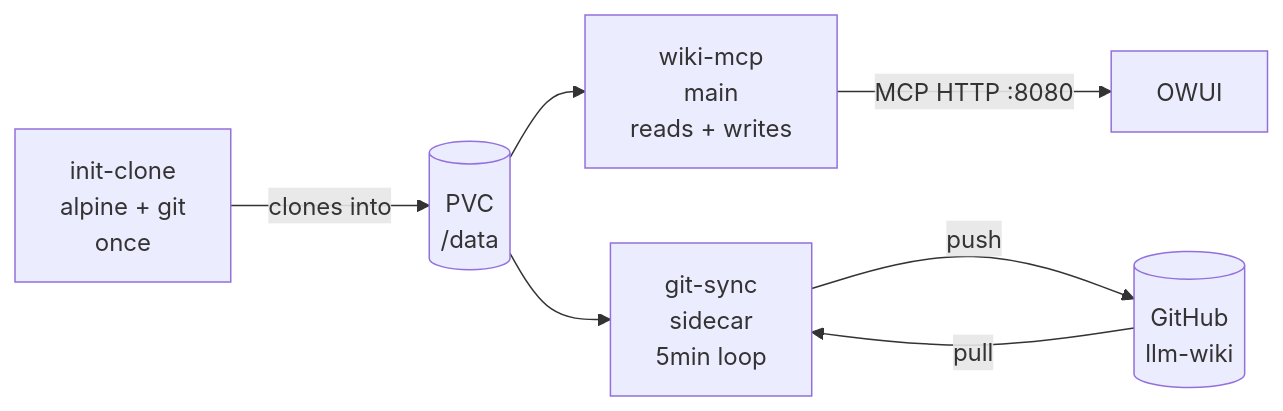
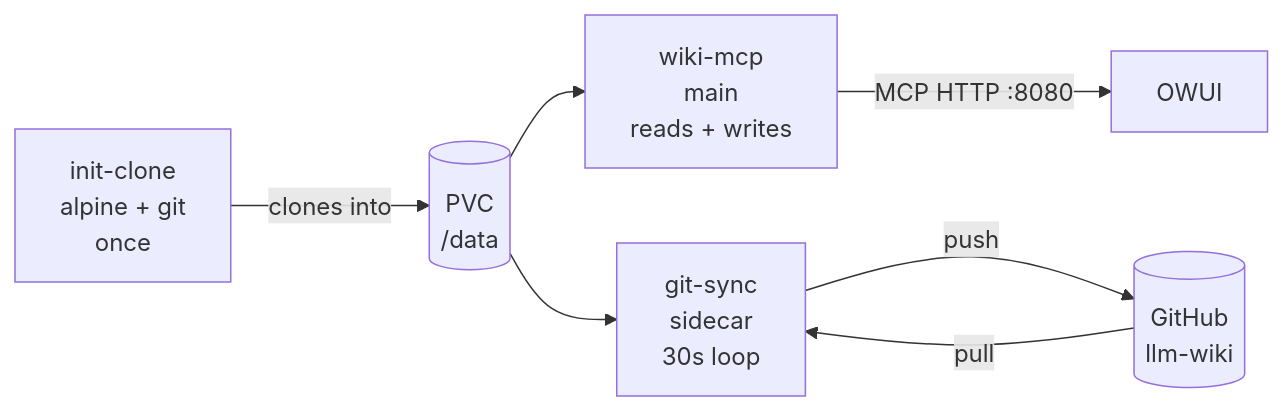
Before and after one commit to dvystrcil/wiki-mcp: the diagram in README.md, drawn with Mermaid. The commit also changed other lines of this file and 6 other files, not shown here.

First line of the commit message:
feat(git-sync): use GitHub App token instead of a PAT (#5)

````diff
--- a/README.md
+++ b/README.md
@@ -24,9 +24,9 @@
 ```mermaid
 flowchart LR
     INIT[init-clone<br/>alpine + git<br/>once] -->|clones into| PVC[(PVC<br/>/data)]
     PVC --> WMC[wiki-mcp<br/>main<br/>reads + writes]
-    PVC --> SYNC[git-sync<br/>sidecar<br/>5min loop]
+    PVC --> SYNC[git-sync<br/>sidecar<br/>30s loop]
     SYNC -->|push| GH[(GitHub<br/>llm-wiki)]
     GH -->|pull| SYNC
     WMC -->|MCP HTTP :8080| OWUI[OWUI]
 ```
````
